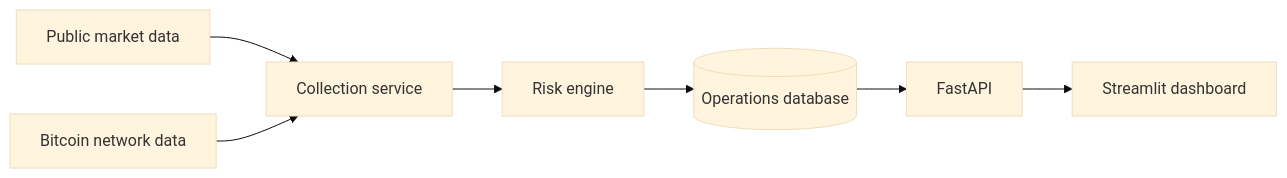
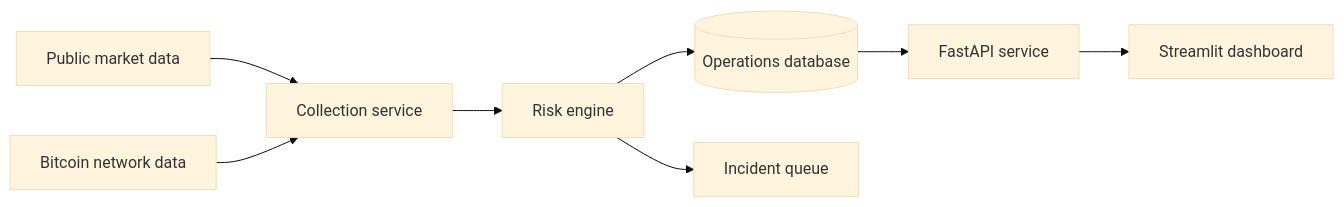
The diagram in README.md (sanjayanvisagendran/CryptoOps_Control_Center_Documentation), drawn with Mermaid (base theme) before and after one commit. The commit also changed other lines of this file, not shown here.

````diff
--- a/README.md
+++ b/README.md
@@ -21,9 +36,10 @@
 ```mermaid
 flowchart LR
     A[Public market data] --> C[Collection service]
     B[Bitcoin network data] --> C
     C --> D[Risk engine]
     D --> E[(Operations database)]
-    E --> F[FastAPI]
+    E --> F[FastAPI service]
     F --> G[Streamlit dashboard]
+    D --> H[Incident queue]
 ```
````
